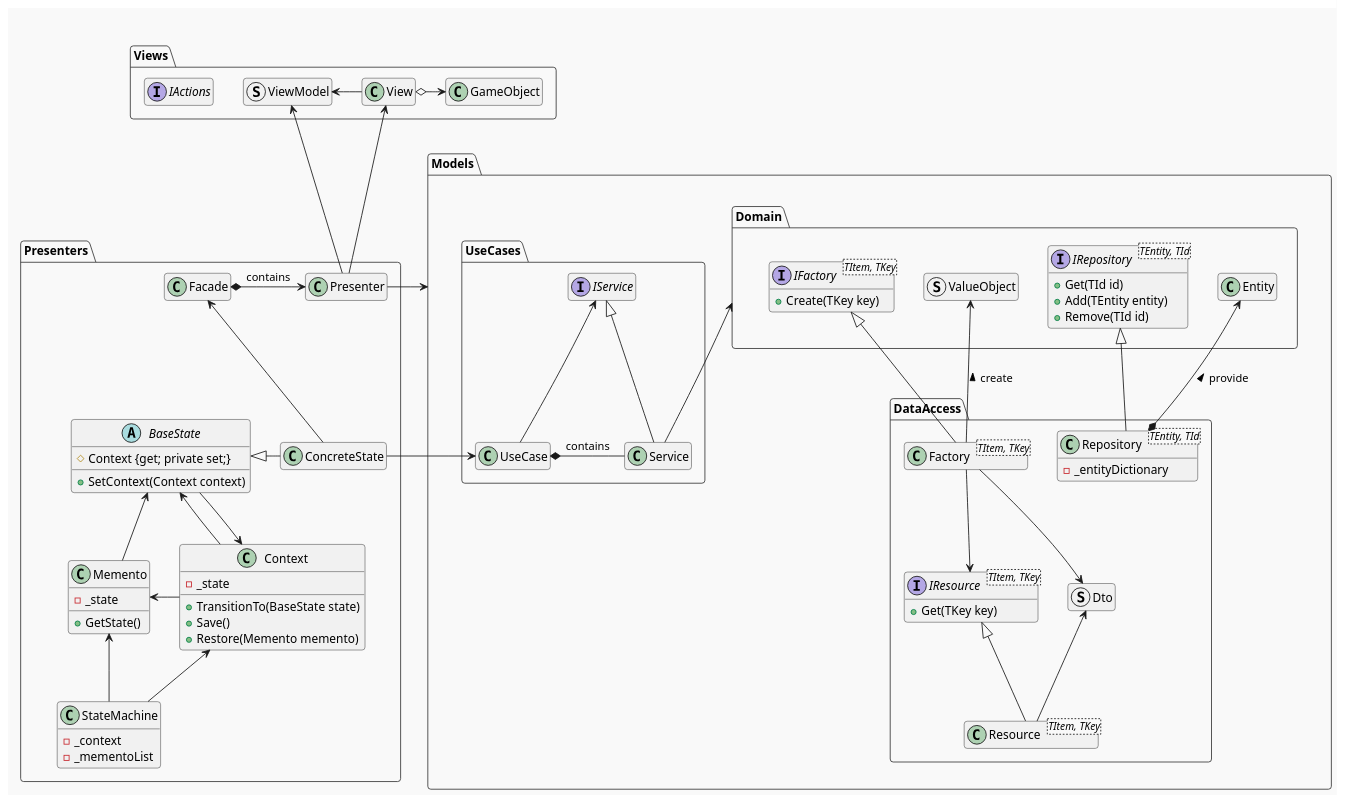
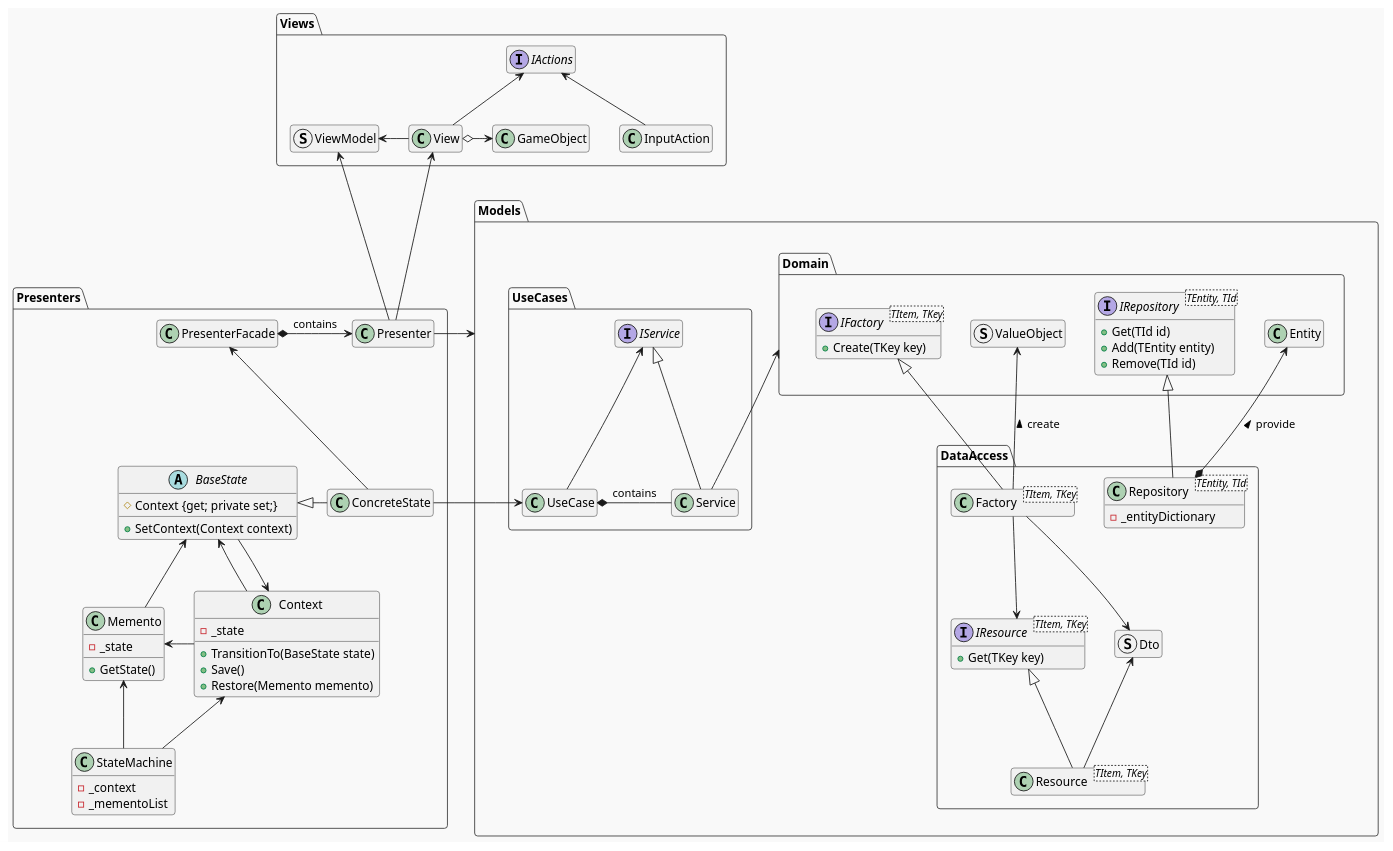
The diagram in Documents/PlantUML/ClassDiagram.puml (natsuhiko-maekawa/RPG), drawn with PlantUML before and after one commit. The commit also changed 3 other files, not shown here.

Commit message:
クラス図を修正

```diff
--- a/Documents/PlantUML/ClassDiagram.puml
+++ b/Documents/PlantUML/ClassDiagram.puml
@@ -1,112 +1,113 @@
 @startuml
 'https://plantuml.com/class-diagram
 
 !theme mars
 package Views{
     class View
     struct ViewModel
     class GameObject
-'    class InputAction
+    class InputAction
     interface IActions
-'    IActions <-u- InputAction
+    IActions <-- InputAction
+    IActions <-- View
     ViewModel <-r View
     GameObject <-lo View
     IActions -[hidden] GameObject
 }
 
 package Presenters{
     abstract class BaseState{
         # Context {get; private set;}
         + SetContext(Context context)
     }
     class ConcreteState
     class Context{
         - _state
         + TransitionTo(BaseState state)
         + Save()
         + Restore(Memento memento)
     }
     class Memento{
         - _state
         + GetState()
     }
     class StateMachine{
         - _context
         - _mementoList
     }
-    class Facade
+    class PresenterFacade
     class Presenter
-    class DummyClass
 
-    Facade <-- ConcreteState
-    Presenter <-l* Facade : contains
+    PresenterFacade <-- ConcreteState
+    Presenter <-l* PresenterFacade : contains
     BaseState <|- ConcreteState
     BaseState <-- Context
     BaseState <-- Memento
     Context <-- BaseState
     Memento <- Context
     Memento <-- StateMachine
     Context <-- StateMachine
 
+'レイアウトをきれいにするためのダミークラス
     hide DummyClass
     DummyClass ---- StateMachine
-    DummyClass - Facade
+    DummyClass - PresenterFacade
 }
 
 package Models{
     package Domain{
         class Entity
         struct ValueObject
         interface IRepository<TEntity, TId>{
             + Get(TId id)
             + Add(TEntity entity)
             + Remove(TId id)
         }
         interface IFactory<TItem, TKey>{
             + Create(TKey key)
         }
     }
 
     package UseCases{
         class Service
         class UseCase
         interface IService
 
         IService <|- Service
         IService <-- UseCase
         UseCase *- Service : contains
     }
 
     package DataAccess{
         class Repository<TEntity, TId>{
             - _entityDictionary
         }
         class Factory<TItem, TKey>
         interface IResource<TItem, TKey>{
             + Get(TKey key)
         }
         struct Dto
         class Resource<TItem, TKey>
     }
 
     Domain <-- Service
     IRepository <|- Repository
     Entity <--* Repository : provide <
     IFactory <|- Factory
     ValueObject <-- Factory : create <
     IResource <-u- Factory
     Dto <-u- Factory
     IResource <|-- Resource
     Dto <-- Resource
 }
 
-'IActions --- StateMachine
-'IActions --- DummyClass
+'以下を矢印で結ぶとかなりレイアウトが崩れるので、SVGに書き出してから手動で書き足す
+'StateMachine <-- IActions
 View <-- Presenter
 ViewModel <-- Presenter
 Models <- Presenter
 UseCase <- ConcreteState
 
 
 hide empty members
 @enduml
```
